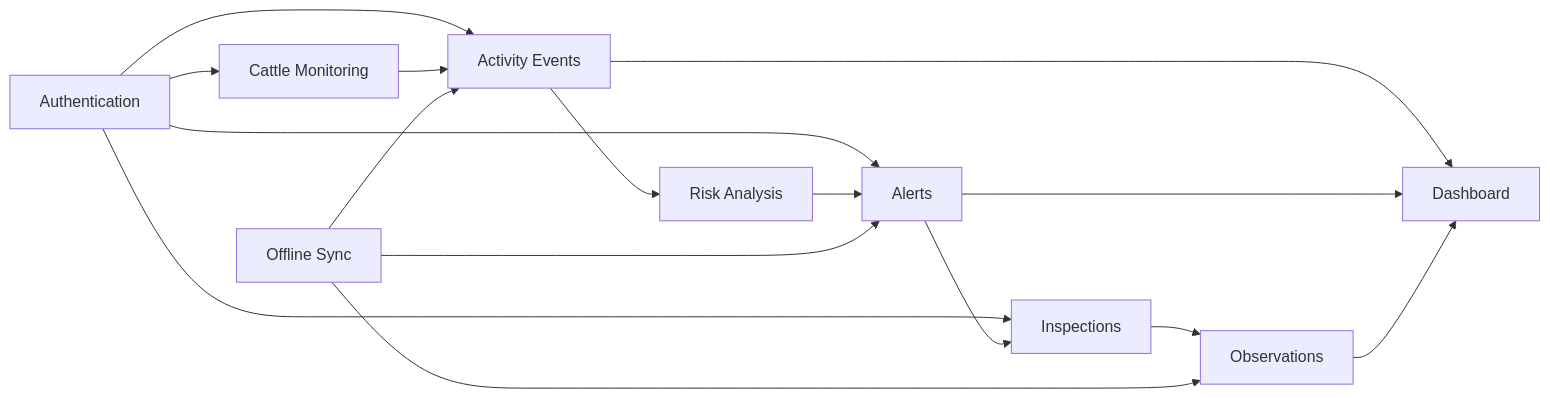
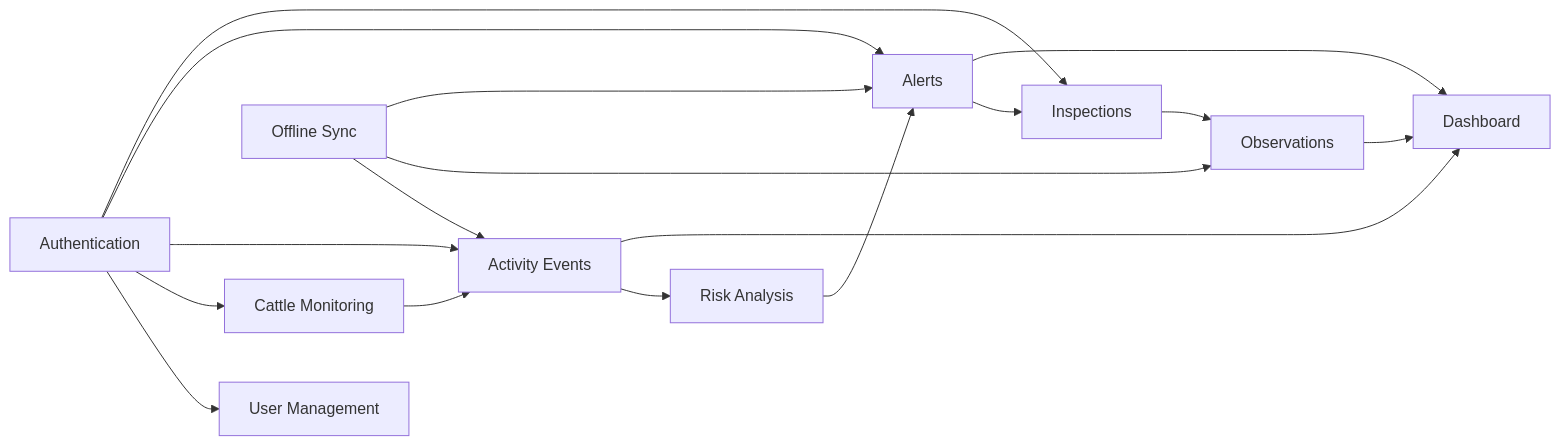
The diagram in knowledge-base/02-domain/module-dependency-map.md (m3mo89/GyrMonitor), drawn with Mermaid before and after one commit. The commit also changed other lines of this file and 32 other files, not shown here.

````diff
--- a/knowledge-base/02-domain/module-dependency-map.md
+++ b/knowledge-base/02-domain/module-dependency-map.md
@@ -17,28 +17,30 @@
 ```mermaid
 flowchart LR
     AUTH[Authentication]
+    USERS[User Management]
     CATTLE[Cattle Monitoring]
     EVENTS[Activity Events]
     RISK[Risk Analysis]
     ALERTS[Alerts]
     INSPECTIONS[Inspections]
     OBS[Observations]
     SYNC[Offline Sync]
     DASH[Dashboard]
 
+    AUTH --> USERS
     AUTH --> CATTLE
     AUTH --> EVENTS
     AUTH --> ALERTS
     AUTH --> INSPECTIONS
     CATTLE --> EVENTS
     EVENTS --> RISK
     RISK --> ALERTS
     ALERTS --> INSPECTIONS
     INSPECTIONS --> OBS
     EVENTS --> DASH
     ALERTS --> DASH
     OBS --> DASH
     SYNC --> EVENTS
     SYNC --> OBS
     SYNC --> ALERTS
 ```
````
